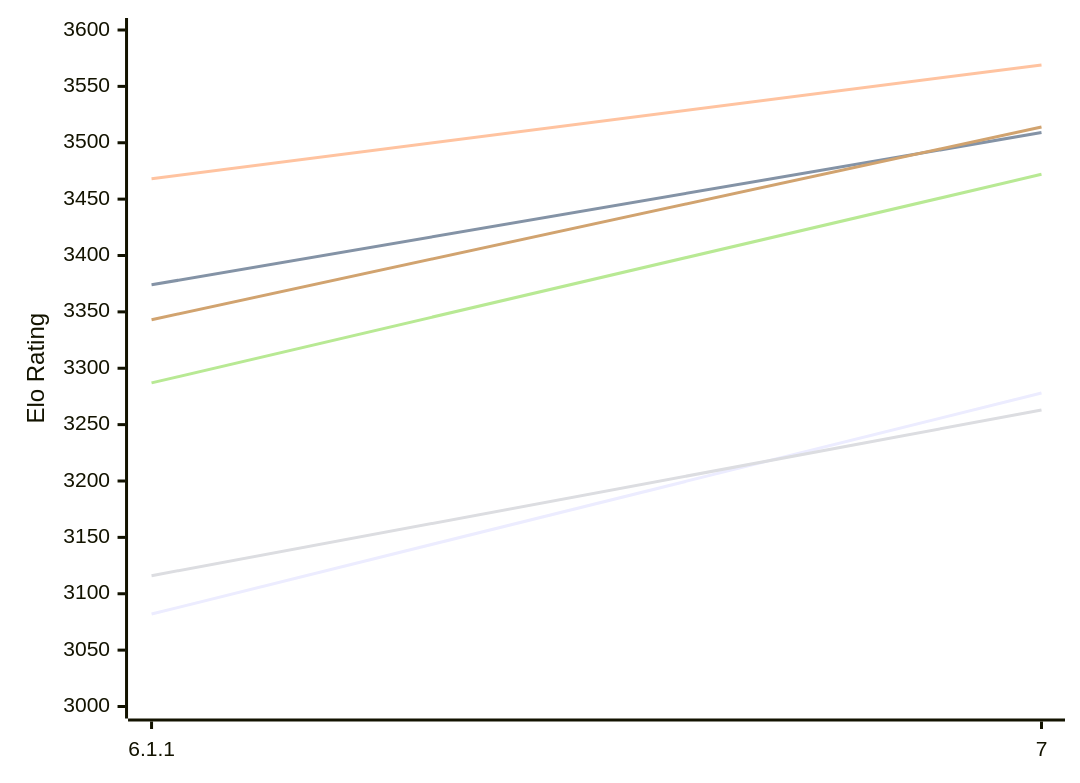
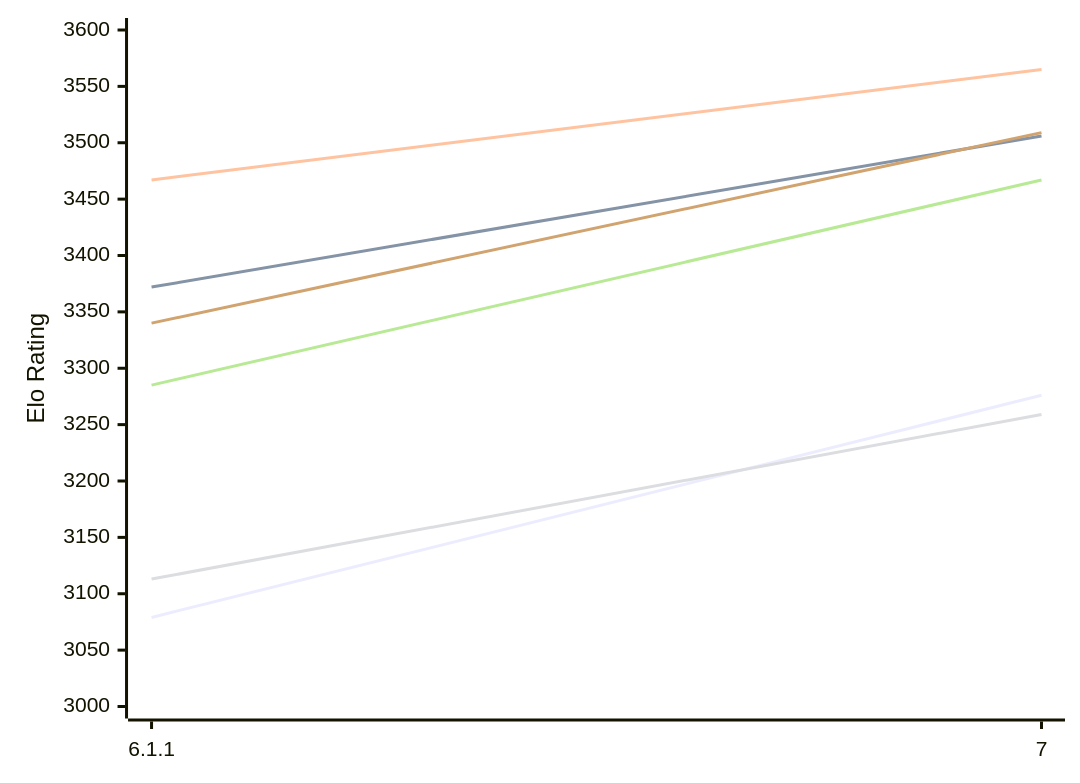
One commit to computer-chess-index/cci changed the first of 2 diagrams in engines/Zangdar.md. Above: the diagram before and after it, drawn with Mermaid. The commit also changed other lines of this file, not shown here.

Commit message:
Update CCI Ratings (ELO VLTC) - 2026-11-19

````diff
--- a/engines/Zangdar.md
+++ b/engines/Zangdar.md
@@ -53,12 +53,12 @@
 ```mermaid
 %%{init: {"theme":"base","themeVariables":{"seriesColors:['#a3a3a3','#222221','#faa371']}}}%%
 xychart-beta
   x-axis ["6.1.1", "7"]
   y-axis "Elo Rating" 3000 --> 3600
-  line "E1: STC (8.0+0.08s)" [3082, 3278]
-  line "E1: LTC (60.0+0.60s)" [3374, 3509]
-  line "E1: VLTC (2m24s+1.12s)" [3468, 3569]
-  line "P1: STC (8.0+0.08s)" [3116, 3263]
-  line "P1: LTC (60.0+0.60s)" [3287, 3472]
-  line "P1: VLTC (2m24s+1.12s)" [3343, 3514]
+  line "E1: STC (8.0+0.08s)" [3079, 3276]
+  line "E1: LTC (60.0+0.60s)" [3372, 3506]
+  line "E1: VLTC (2m24s+1.12s)" [3467, 3565]
+  line "P1: STC (8.0+0.08s)" [3113, 3259]
+  line "P1: LTC (60.0+0.60s)" [3285, 3467]
+  line "P1: VLTC (2m24s+1.12s)" [3340, 3509]
 ```
````
